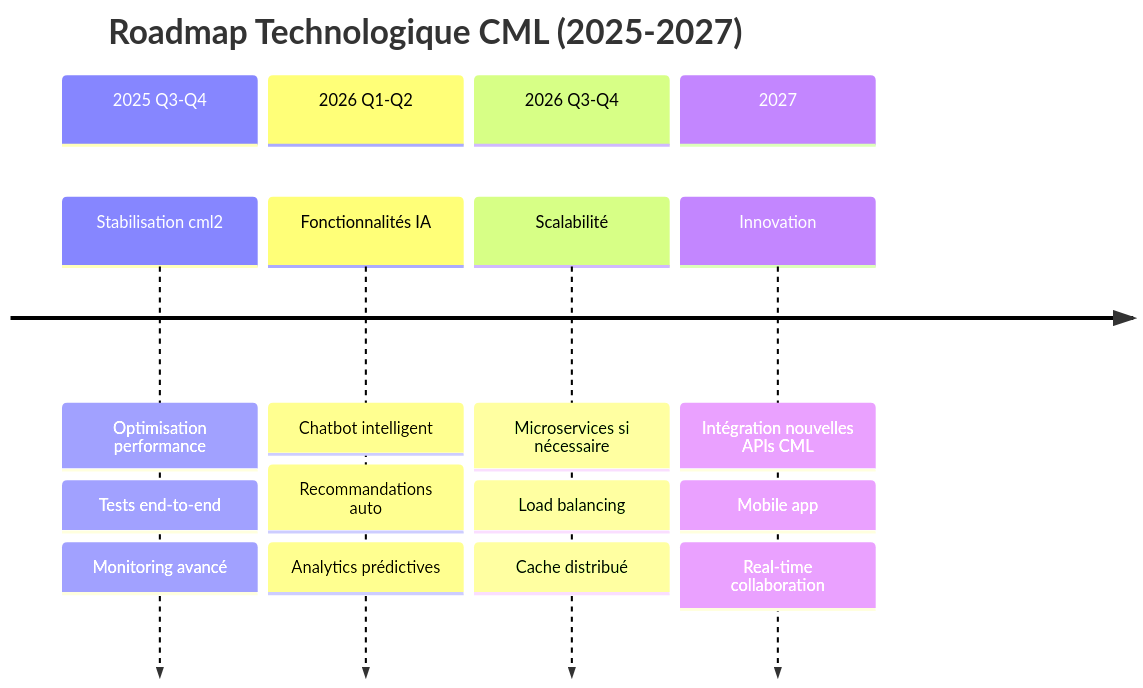
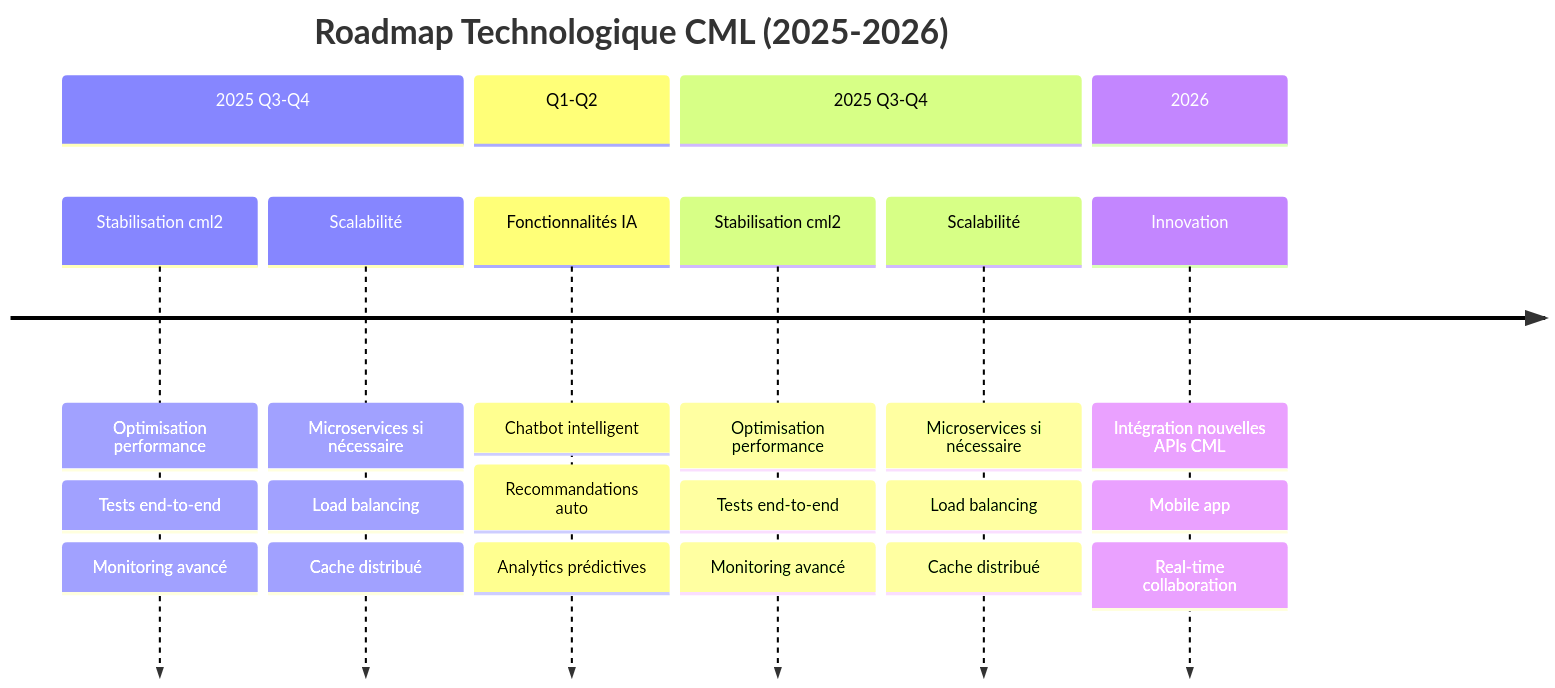
One commit to KONDRONETWORKS/RAPPORTS changed the sixth of 15 diagrams in v.0.1_STRUCTURE.md. Above: the diagram before and after it, drawn with Mermaid.

````diff
--- a/v.0.1_STRUCTURE.md
+++ b/v.0.1_STRUCTURE.md
@@ -199,24 +199,24 @@
 ```mermaid
 timeline
-    title Roadmap Technologique CML (2025-2027)
+    title Roadmap Technologique CML (2025-2026)
     
     section 2025 Q3-Q4
         Stabilisation cml2    : Optimisation performance
                              : Tests end-to-end
                              : Monitoring avancé
     
-    section 2026 Q1-Q2
+    section  Q1-Q2
         Fonctionnalités IA    : Chatbot intelligent
                              : Recommandations auto
                              : Analytics prédictives
     
-    section 2026 Q3-Q4
+    section 2025 Q3-Q4
         Scalabilité          : Microservices si nécessaire
                              : Load balancing
                              : Cache distribué
     
-    section 2027
+    section 2026
         Innovation           : Intégration nouvelles APIs CML
                              : Mobile app
                              : Real-time collaboration
 ```
````
